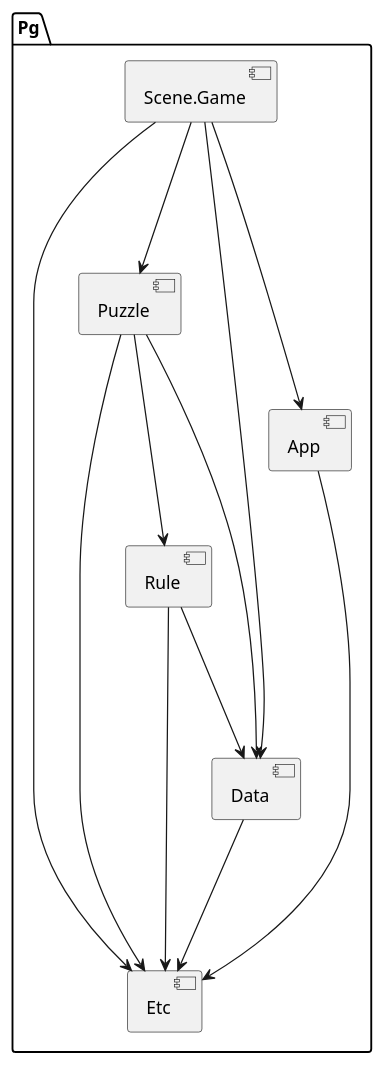
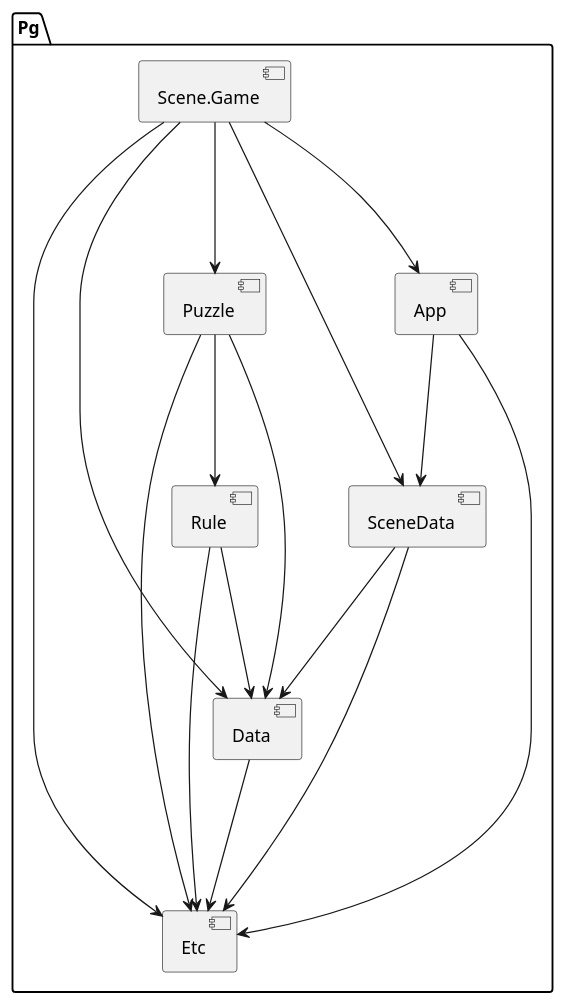
Before and after one commit to kuniyoshi/Pg: the diagram in Documents/module.puml, drawn with PlantUML. The commit also changed 16 other files, not shown here.

```diff
--- a/Documents/module.puml
+++ b/Documents/module.puml
@@ -1,23 +1,28 @@
 @startuml
 
 package "Pg" {
     [Etc]
     [Data]
     [Rule]
     [Puzzle]
     [Scene.Game]
+    [SceneData]
     [App]
     Data ---> Etc
     Rule ---> Etc
     Rule ---> Data
     Puzzle ---> Etc
     Puzzle ---> Data
     Puzzle ---> Rule
+    SceneData ---> Data
+    SceneData ---> Etc
     Scene.Game ---> Etc
     Scene.Game ---> Data
     Scene.Game ---> Puzzle
     Scene.Game ---> App
+    Scene.Game ---> SceneData
     App ---> Etc
+    App ---> SceneData
 }
 
 @enduml
```
